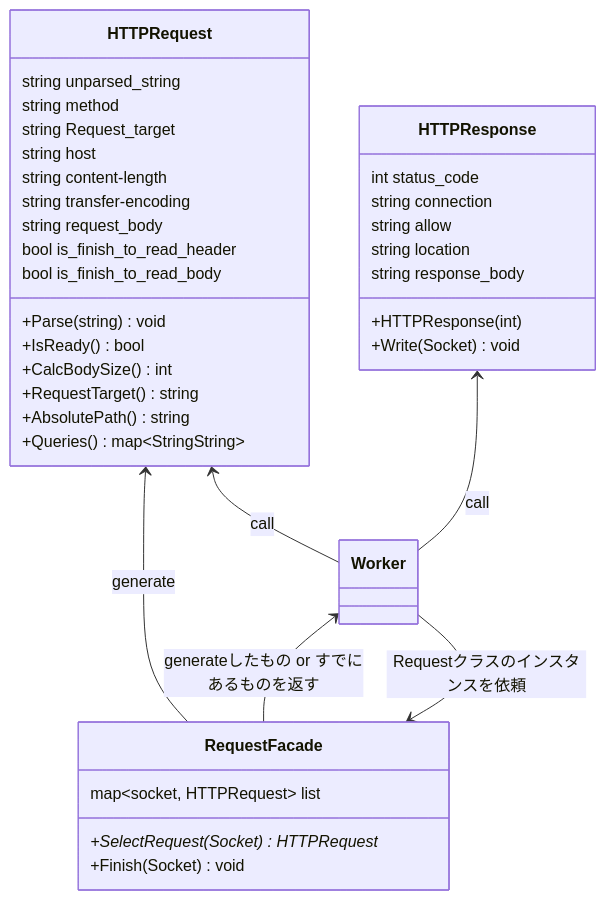
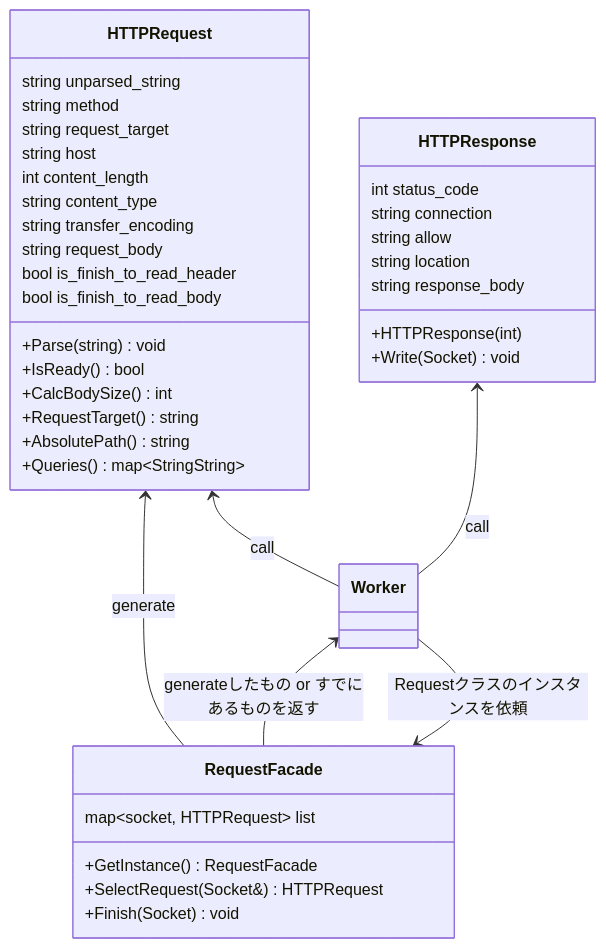
One commit to katataku/webserv changed the diagram in docs/class/http_class.md. Above: the diagram before and after it, drawn with Mermaid. The commit also changed 11 other files, not shown here.

````diff
--- a/docs/class/http_class.md
+++ b/docs/class/http_class.md
@@ -1,49 +1,51 @@
 ```mermaid
 classDiagram
    class RequestFacade{
         map~socket, HTTPRequest~ list
-        +SelectRequest(Socket) HTTPRequest*
+        +GetInstance() RequestFacade
+        +SelectRequest(Socket&) HTTPRequest
         +Finish(Socket) void
     }
 
     %% TODO: CalcBodySize()の詳細を詰める && nginxのmax_body_sizeも確認 %%
     class HTTPRequest{
         string unparsed_string
         string method
-        string Request_target
+        string request_target
         string host
-        string content-length
-        string transfer-encoding
+        int content_length
+        string content_type
+        string transfer_encoding
         string request_body
         bool is_finish_to_read_header
         bool is_finish_to_read_body
         
         +Parse(string) void
         +IsReady() bool
         +CalcBodySize() int
         +RequestTarget() string
         +AbsolutePath() string
         +Queries() map~StringString~
     }
 
     class HTTPResponse{
         int status_code
         string connection
         string allow
         string location
         string response_body
 
         +HTTPResponse(int)
         +Write(Socket) void
     }
 
 
 HTTPRequest <-- RequestFacade : generate
 
 Worker <-- RequestFacade : generateしたもの or すでにあるものを返す
 Worker --> RequestFacade : Requestクラスのインスタンスを依頼
 
 
 HTTPRequest  <--  Worker :call
 HTTPResponse  <--  Worker :call
 ```
````
